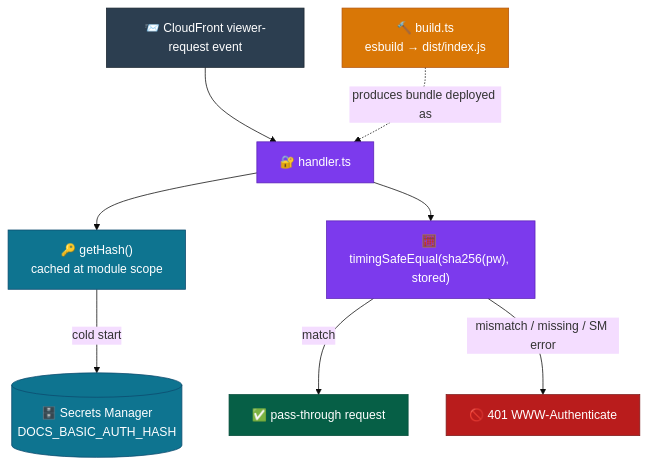
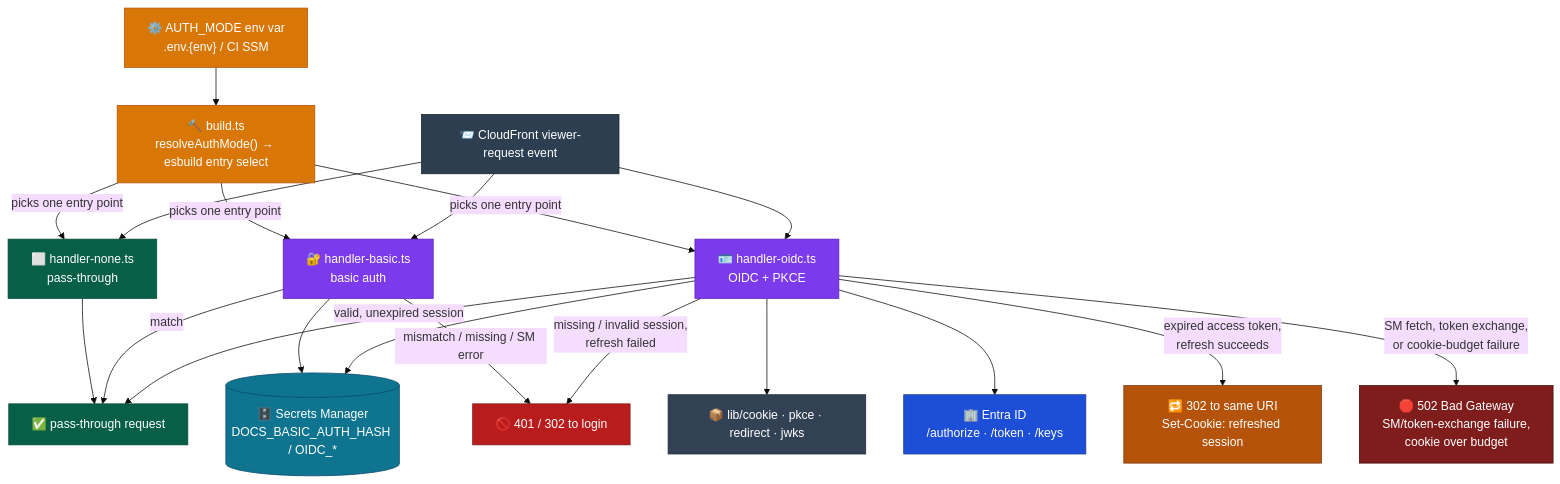
One commit to DataArt/adlc-discovery-tool changed the diagram in docs/System Architecture (LLD)/Auth/00. Overview.md. Above: the diagram before and after it, drawn with Mermaid (base theme). The commit also changed other lines of this file and 17 other files, not shown here.

Commit message:
feat(auth): implement configurable site authentication (none/basic/oidc)

````diff
--- a/docs/System Architecture (LLD)/Auth/00. Overview.md
+++ b/docs/System Architecture (LLD)/Auth/00. Overview.md
@@ -7,26 +7,48 @@
 ```mermaid
 flowchart TD
+    ENV["⚙️ AUTH_MODE env var\n.env.{env} / CI SSM"]:::build
+    BLD["🔨 build.ts\nresolveAuthMode() → esbuild entry select"]:::build
     EVT["📨 CloudFront viewer-request event"]:::evt
-    H["🔐 handler.ts"]:::handler
-    HASH["🔑 getHash()\ncached at module scope"]:::sm
-    SM[("🗄️ Secrets Manager\nDOCS_BASIC_AUTH_HASH")]:::sm
-    CMP["🧮 timingSafeEqual(sha256(pw), stored)"]:::handler
-    UNAUTH["🚫 401 WWW-Authenticate"]:::deny
+
+    HN["⬜ handler-none.ts\npass-through"]:::allow
+    HB["🔐 handler-basic.ts\nbasic auth"]:::handler
+    HO["🪪 handler-oidc.ts\nOIDC + PKCE"]:::handler
+
+    SM[("🗄️ Secrets Manager\nDOCS_BASIC_AUTH_HASH / OIDC_*")]:::sm
+    ID["🏢 Entra ID\n/authorize · /token · /keys"]:::ext
+    LIB["📦 lib/cookie · pkce · redirect · jwks"]:::lib
+
+    UNAUTH["🚫 401 / 302 to login"]:::deny
     PASS["✅ pass-through request"]:::allow
-    BLD["🔨 build.ts\nesbuild → dist/index.js"]:::build
+    REFRESH["🔁 302 to same URI\nSet-Cookie: refreshed session"]:::refresh
+    ERR["🛑 502 Bad Gateway\nSM/token-exchange failure,\ncookie over budget"]:::err
 
-    EVT --> H
-    H --> HASH
-    HASH -->|"cold start"| SM
-    H --> CMP
-    CMP -->|"match"| PASS
-    CMP -->|"mismatch / missing / SM error"| UNAUTH
-    BLD -.->|"produces bundle deployed as"| H
+    ENV --> BLD
+    BLD -->|"picks one entry point"| HN
+    BLD -->|"picks one entry point"| HB
+    BLD -->|"picks one entry point"| HO
+    EVT --> HN --> PASS
+    EVT --> HB
+    EVT --> HO
+    HB --> SM
+    HO --> SM
+    HO --> LIB
+    HO --> ID
+    HB -->|"match"| PASS
+    HB -->|"mismatch / missing / SM error"| UNAUTH
+    HO -->|"valid, unexpired session"| PASS
+    HO -->|"expired access token,\nrefresh succeeds"| REFRESH
+    HO -->|"missing / invalid session,\nrefresh failed"| UNAUTH
+    HO -->|"SM fetch, token exchange,\nor cookie-budget failure"| ERR
 
     classDef evt     fill:#2C3E50,stroke:#1A252F,color:#fff
+    classDef build   fill:#D97706,stroke:#B45309,color:#fff
     classDef handler fill:#7C3AED,stroke:#5B21B6,color:#fff
     classDef sm      fill:#0E7490,stroke:#0c4a6e,color:#fff
+    classDef ext     fill:#1D4ED8,stroke:#1e3a8a,color:#fff
+    classDef lib     fill:#334155,stroke:#1e293b,color:#fff
     classDef deny    fill:#B91C1C,stroke:#7f1d1d,color:#fff
     classDef allow   fill:#065F46,stroke:#064e3b,color:#fff
-    classDef build   fill:#D97706,stroke:#B45309,color:#fff
+    classDef refresh fill:#B45309,stroke:#78350F,color:#fff
+    classDef err     fill:#7f1d1d,stroke:#450a0a,color:#fff
 ```
````
